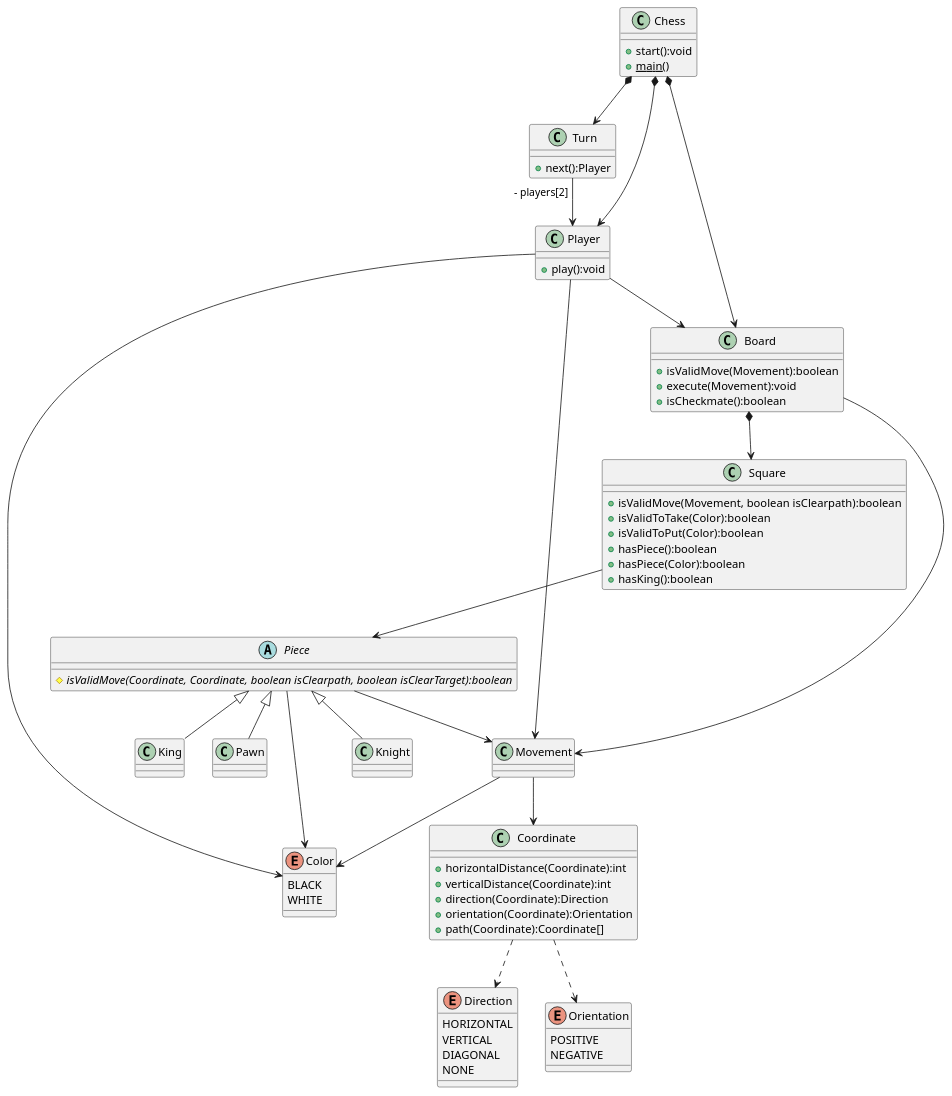
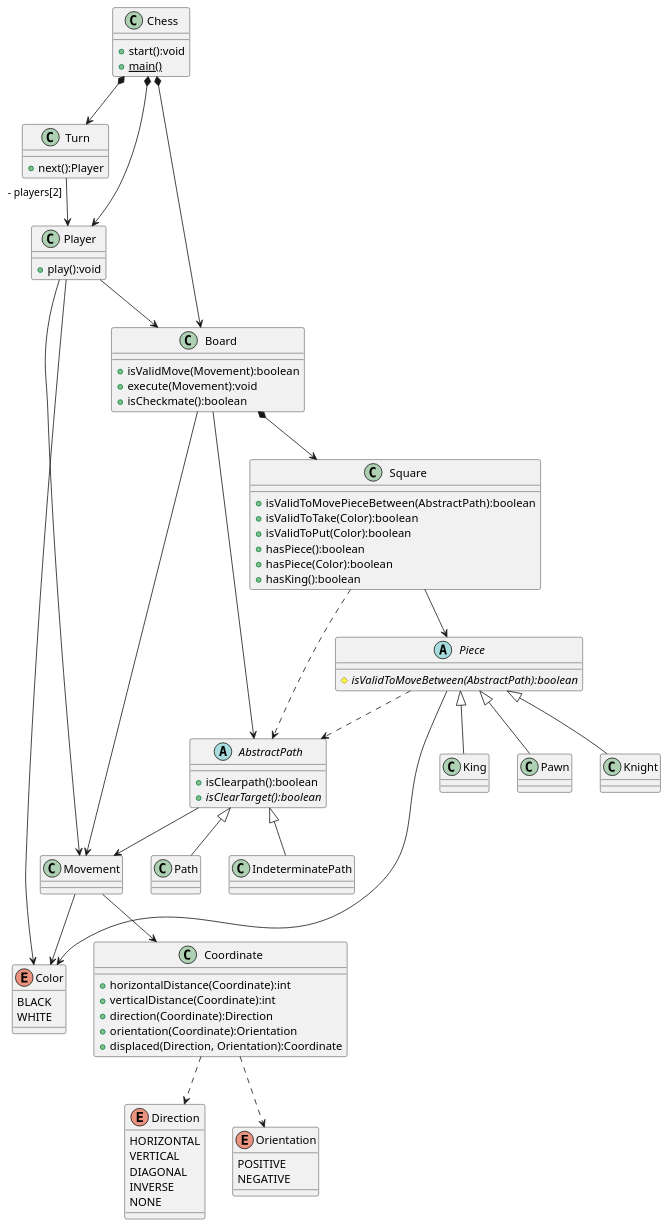
The diagram in docs/chess.puml (ioni5/chess), drawn with PlantUML before and after one commit. The commit also changed 15 other files, not shown here.

```diff
--- a/docs/chess.puml
+++ b/docs/chess.puml
@@ -1,86 +1,98 @@
 @startuml chess
 
 class Chess {
     + start():void
     + {static} main()
 }
 
 Chess *--> Board
 Chess *--> Player
 Chess *--> Turn
 
 Turn "- players[2]" --> Player
 
 class Turn {
     + next():Player
 }
 
 Player --> Board
 Player --> Color
 Player --> Movement
 
 Movement --> Coordinate
 Movement --> Color
 
 
 class Player {
     + play():void
 }
 
 
 class Board {
     + isValidMove(Movement):boolean
     + execute(Movement):void
     + isCheckmate():boolean
 }
 
 Board *--> Square
 Square --> Piece
+Square ..> AbstractPath
 
 class Square {
-    + isValidMove(Movement, boolean isClearpath):boolean
+    + isValidToMovePieceBetween(AbstractPath):boolean
     + isValidToTake(Color):boolean
     + isValidToPut(Color):boolean
     + hasPiece():boolean
     + hasPiece(Color):boolean
     + hasKing():boolean
 }
 
 Board --> Movement
+Board --> AbstractPath
 Piece --> Color
-Piece --> Movement
+Piece ..> AbstractPath
+
+abstract class AbstractPath {
+    + isClearpath():boolean
+    + {abstract} isClearTarget():boolean
+}
+AbstractPath <|-- Path
+AbstractPath <|-- IndeterminatePath
+AbstractPath --> Movement
 
 abstract class Piece {
-    # {abstract} isValidMove(Coordinate, Coordinate, boolean isClearpath, boolean isClearTarget):boolean
+    # {abstract} isValidToMoveBetween(AbstractPath):boolean
 }
 
 Piece <|-- Pawn
 Piece <|-- Knight
 Piece <|-- King
 
 Enum Color {
     BLACK
     WHITE
 }
 
 class Coordinate {
     + horizontalDistance(Coordinate):int
     + verticalDistance(Coordinate):int
     + direction(Coordinate):Direction
     + orientation(Coordinate):Orientation
-    + path(Coordinate):Coordinate[]
+    + displaced(Direction, Orientation):Coordinate
 }
 Coordinate ..> Direction
 enum Direction {
     HORIZONTAL
     VERTICAL
     DIAGONAL
+    INVERSE
     NONE
 }
+
 Coordinate ..> Orientation
 enum Orientation {
     POSITIVE
     NEGATIVE
 }
 
 @enduml
```
